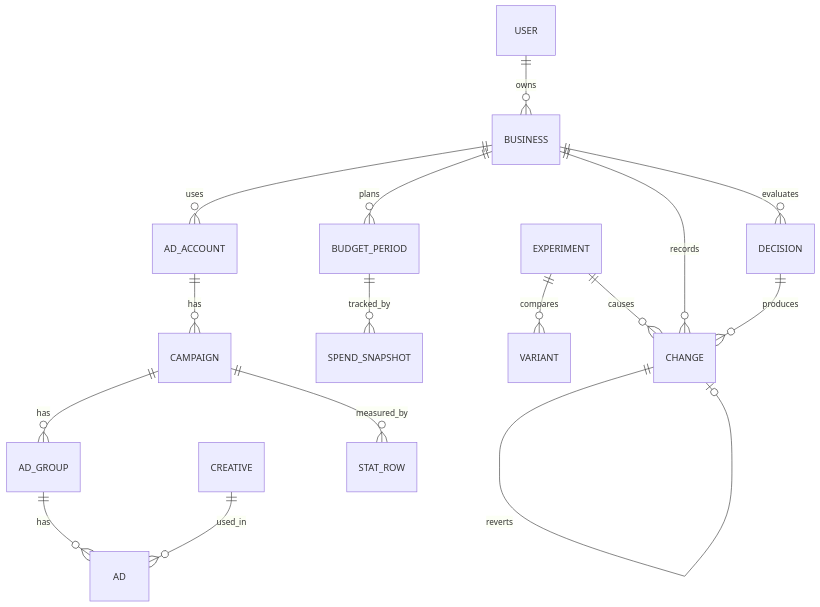
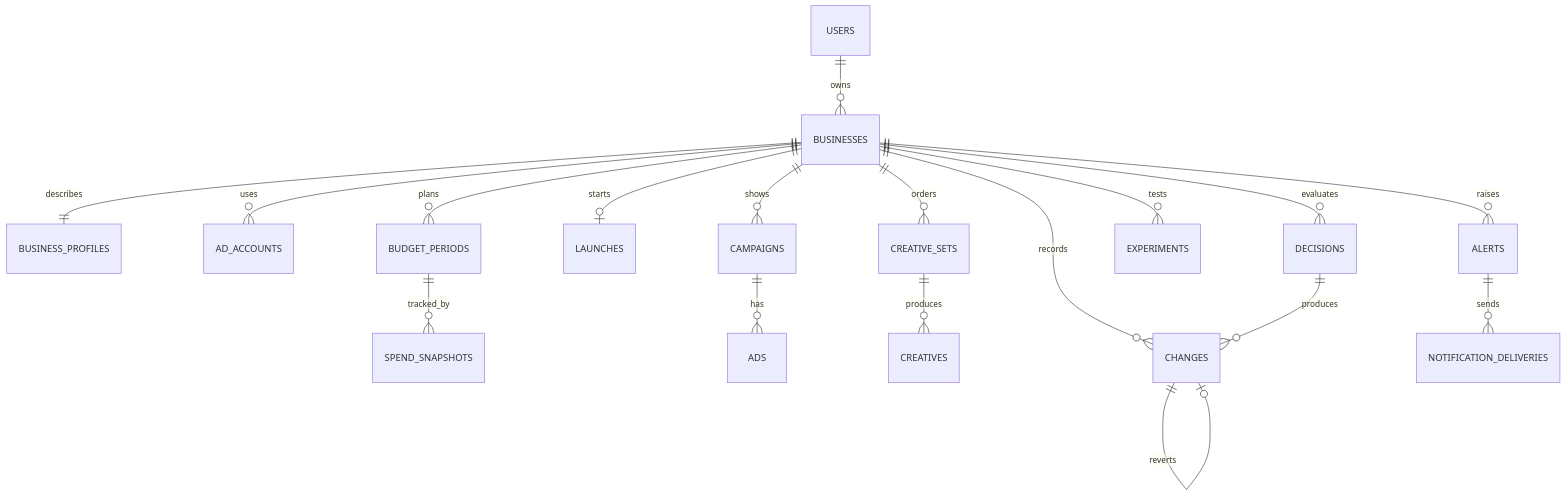
The third of 3 diagrams in docs/02-architecture.md (andreimelneichuk/Add-Helper), drawn with Mermaid before and after one commit. The commit also changed other lines of this file and 1 other file, not shown here.

````diff
--- a/docs/02-architecture.md
+++ b/docs/02-architecture.md
@@ -141,18 +143,20 @@
 ```mermaid
 erDiagram
-  USER ||--o{ BUSINESS : owns
-  BUSINESS ||--o{ AD_ACCOUNT : uses
-  BUSINESS ||--o{ BUDGET_PERIOD : plans
-  AD_ACCOUNT ||--o{ CAMPAIGN : has
-  CAMPAIGN ||--o{ AD_GROUP : has
-  AD_GROUP ||--o{ AD : has
-  CREATIVE ||--o{ AD : used_in
-  BUSINESS ||--o{ CHANGE : records
-  CHANGE ||--o| CHANGE : reverts
-  EXPERIMENT ||--o{ VARIANT : compares
-  EXPERIMENT ||--o{ CHANGE : causes
-  CAMPAIGN ||--o{ STAT_ROW : measured_by
-  BUDGET_PERIOD ||--o{ SPEND_SNAPSHOT : tracked_by
-  BUSINESS ||--o{ DECISION : evaluates
-  DECISION ||--o{ CHANGE : produces
+  USERS ||--o{ BUSINESSES : owns
+  BUSINESSES ||--|| BUSINESS_PROFILES : describes
+  BUSINESSES ||--o{ AD_ACCOUNTS : uses
+  BUSINESSES ||--o{ BUDGET_PERIODS : plans
+  BUDGET_PERIODS ||--o{ SPEND_SNAPSHOTS : tracked_by
+  BUSINESSES ||--o| LAUNCHES : starts
+  BUSINESSES ||--o{ CAMPAIGNS : shows
+  CAMPAIGNS ||--o{ ADS : has
+  BUSINESSES ||--o{ CREATIVE_SETS : orders
+  CREATIVE_SETS ||--o{ CREATIVES : produces
+  BUSINESSES ||--o{ DECISIONS : evaluates
+  BUSINESSES ||--o{ CHANGES : records
+  CHANGES ||--o| CHANGES : reverts
+  DECISIONS ||--o{ CHANGES : produces
+  BUSINESSES ||--o{ EXPERIMENTS : tests
+  BUSINESSES ||--o{ ALERTS : raises
+  ALERTS ||--o{ NOTIFICATION_DELIVERIES : sends
 ```
````
